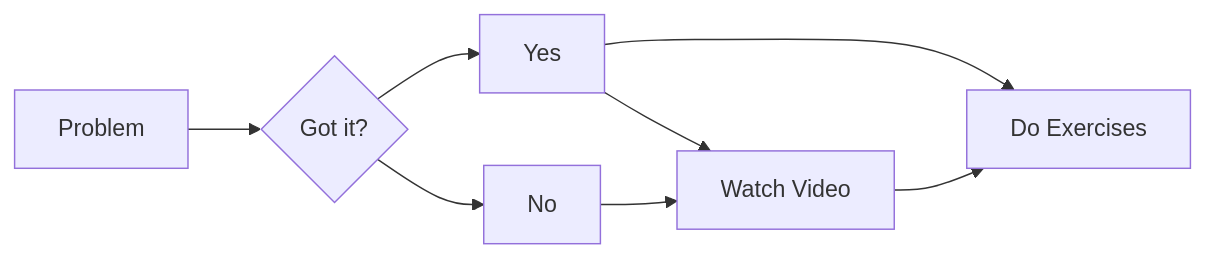
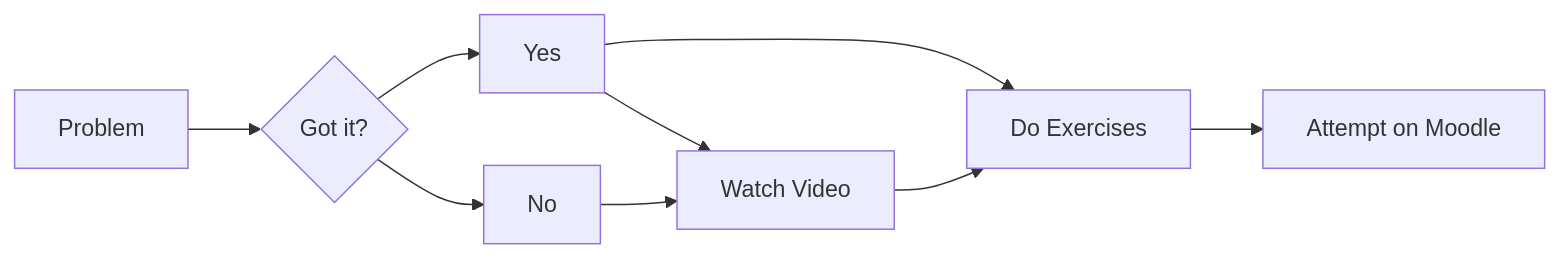
One commit to ahdar1/numbook changed the diagram in index.qmd. Above: the diagram before and after it, drawn with Mermaid. The commit also changed 2 other files, not shown here.

Commit message:
amended flowchart

````diff
--- a/index.qmd
+++ b/index.qmd
@@ -23,10 +23,11 @@
 ```{mermaid}
 flowchart LR
   A[Problem] --> B{Got it?}
   B --> D[Yes]
   D --> G[Watch Video]
   D --> F[Go to Exercises]
   B --> E[No]
   E --> G[Watch Video]
   G --> F[Do Exercises]
+  F --> H[Attempt on Moodle]
 ```
````
